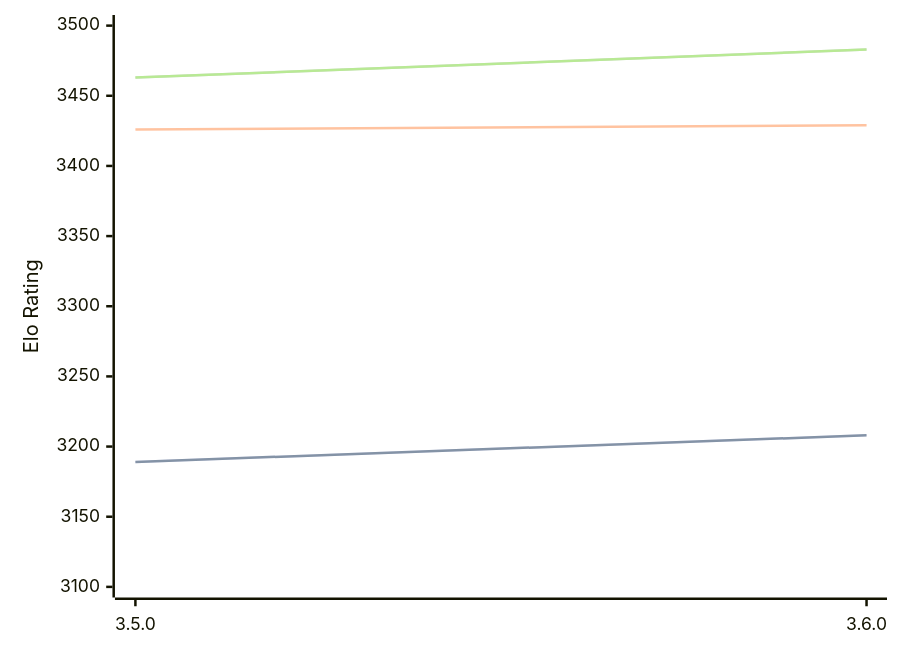
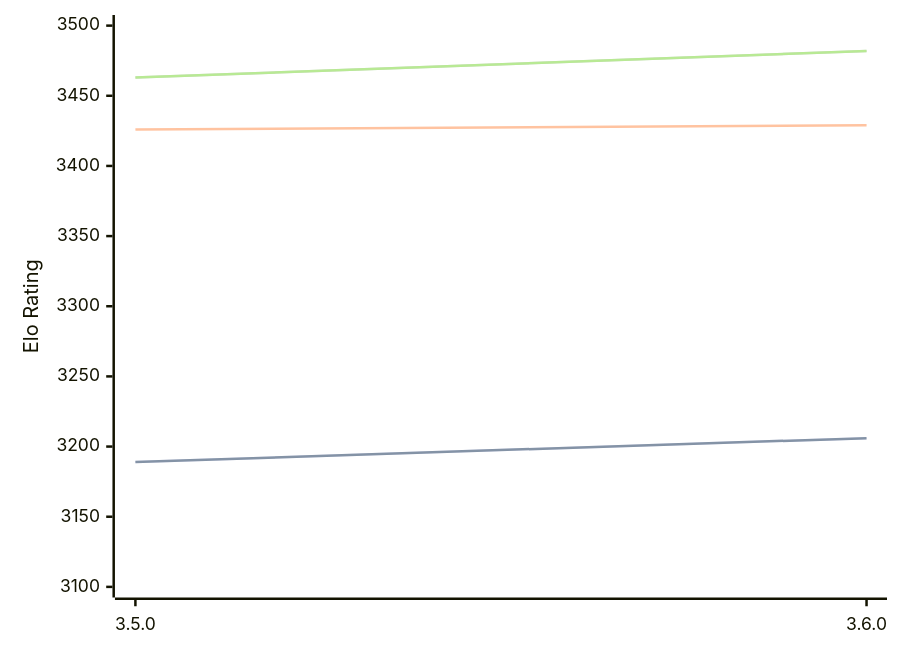
The diagram in engines/Igel.md (computer-chess-index/cci), drawn with Mermaid before and after one commit. The commit also changed other lines of this file, not shown here.

Commit message:
Update CCI Ratings (ELO VLTC) - 2026-03-24

````diff
--- a/engines/Igel.md
+++ b/engines/Igel.md
@@ -68,11 +68,11 @@
 ```mermaid
 %%{init: {"theme":"base","themeVariables":{"seriesColors:['#a3a3a3','#222221','#faa371']}}}%%
 xychart-beta
   x-axis ["3.5.0", "3.6.0"]
   y-axis "Elo Rating" 3100 --> 3500
-  line "STC (8.0+0.08s)" [3189, 3208]
-  line "STC (8.0+0.08s)" [3189, 3208]
+  line "STC (8.0+0.08s)" [3189, 3206]
+  line "STC (8.0+0.08s)" [3189, 3206]
   line "LTC (60.0+0.60s)" [3426, 3429]
-  line "VLTC (2m24s+1.12s)" [3463, 3483]
-  line "VLTC (2m24s+1.12s)" [3463, 3483]
+  line "VLTC (2m24s+1.12s)" [3463, 3482]
+  line "VLTC (2m24s+1.12s)" [3463, 3482]
 ```
````
